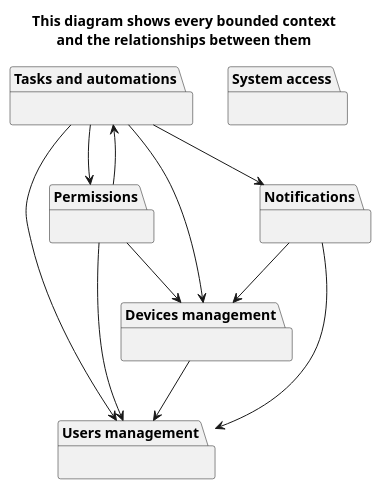
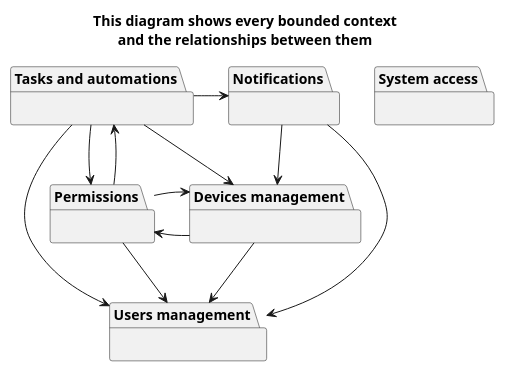
The diagram in diagrams/src/context-map.puml (DomoticASW/.github), drawn with PlantUML before and after one commit. The commit also changed 5 other files, not shown here.

Commit message:
DevicesService uses PermissionsService

```diff
--- a/diagrams/src/context-map.puml
+++ b/diagrams/src/context-map.puml
@@ -1,27 +1,28 @@
 @startuml context-map
 
 hide empty members
 
 title
   This diagram shows every bounded context
   and the relationships between them
 end title
 
 package "System access" as SystemAccess {}
 package "Users management" as Users {}
 package "Devices management" as Devices {}
 Devices --> Users
+Devices -l-> Permissions
 package "Tasks and automations" as Tasks {}
 Tasks --> Users
-Tasks -d-> Permissions
+Tasks --> Permissions
 Tasks --> Devices
-Tasks --> Notifications
+Tasks -r-> Notifications
 package "Permissions" {}
 Permissions --> Users
 Permissions -u-> Tasks
 Permissions --> Devices
 package "Notifications" {}
 Notifications --> Users
 Notifications --> Devices
 
 @enduml
```
